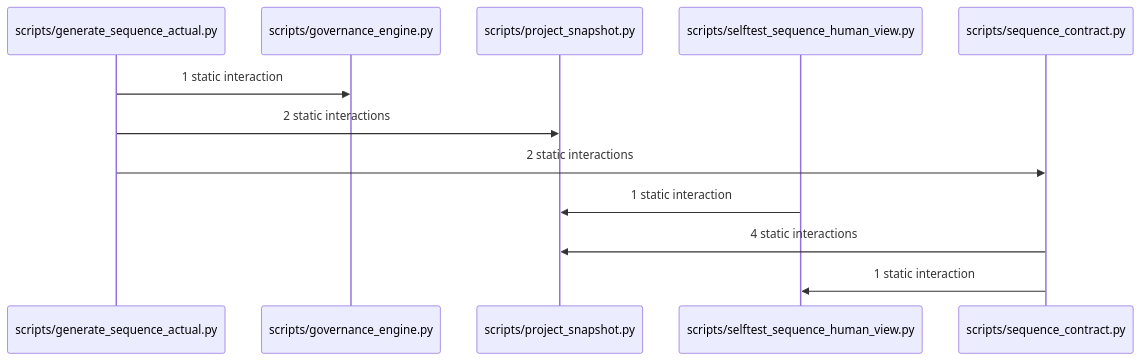
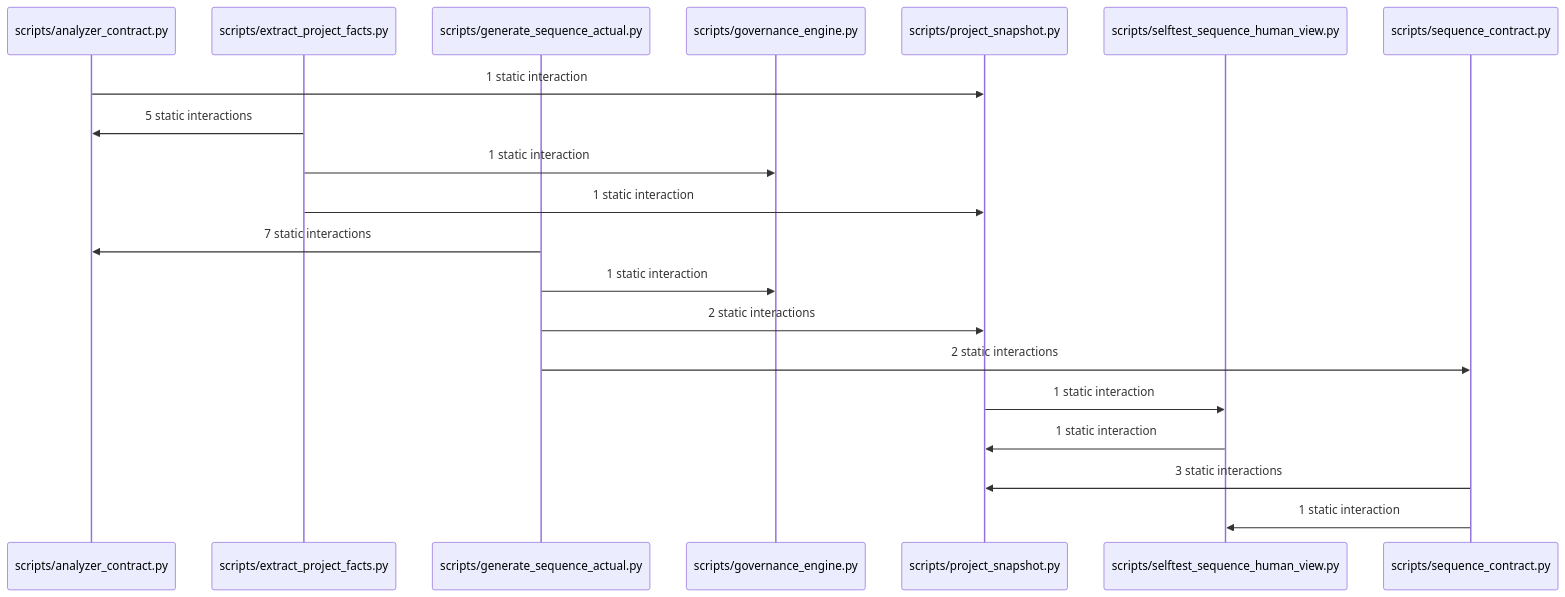
The diagram in docs/sequence/views/SW2-06-GOVERNANCE.md (maxqstudio/Skill_Workflow), drawn with Mermaid before and after one commit. The commit also changed other lines of this file and 23 other files, not shown here.

Commit message:
gov(sw2-06): synchronize analyzer contract evidence

````diff
--- a/docs/sequence/views/SW2-06-GOVERNANCE.md
+++ b/docs/sequence/views/SW2-06-GOVERNANCE.md
@@ -27,14 +27,22 @@
 ```mermaid
 sequenceDiagram
-    participant module_scripts_generate_sequence_actual_py_0 as scripts/generate_sequence_actual.py
-    participant module_scripts_governance_engine_py_1 as scripts/governance_engine.py
-    participant module_scripts_project_snapshot_py_2 as scripts/project_snapshot.py
-    participant module_scripts_selftest_sequence_human_view_py_3 as scripts/selftest_sequence_human_view.py
-    participant module_scripts_sequence_contract_py_4 as scripts/sequence_contract.py
-    module_scripts_generate_sequence_actual_py_0->>module_scripts_governance_engine_py_1: 1 static interaction
-    module_scripts_generate_sequence_actual_py_0->>module_scripts_project_snapshot_py_2: 2 static interactions
-    module_scripts_generate_sequence_actual_py_0->>module_scripts_sequence_contract_py_4: 2 static interactions
-    module_scripts_selftest_sequence_human_view_py_3->>module_scripts_project_snapshot_py_2: 1 static interaction
-    module_scripts_sequence_contract_py_4->>module_scripts_project_snapshot_py_2: 4 static interactions
-    module_scripts_sequence_contract_py_4->>module_scripts_selftest_sequence_human_view_py_3: 1 static interaction
+    participant module_scripts_analyzer_contract_py_0 as scripts/analyzer_contract.py
+    participant module_scripts_extract_project_facts_py_1 as scripts/extract_project_facts.py
+    participant module_scripts_generate_sequence_actual_py_2 as scripts/generate_sequence_actual.py
+    participant module_scripts_governance_engine_py_3 as scripts/governance_engine.py
+    participant module_scripts_project_snapshot_py_4 as scripts/project_snapshot.py
+    participant module_scripts_selftest_sequence_human_view_py_5 as scripts/selftest_sequence_human_view.py
+    participant module_scripts_sequence_contract_py_6 as scripts/sequence_contract.py
+    module_scripts_analyzer_contract_py_0->>module_scripts_project_snapshot_py_4: 1 static interaction
+    module_scripts_extract_project_facts_py_1->>module_scripts_analyzer_contract_py_0: 5 static interactions
+    module_scripts_extract_project_facts_py_1->>module_scripts_governance_engine_py_3: 1 static interaction
+    module_scripts_extract_project_facts_py_1->>module_scripts_project_snapshot_py_4: 1 static interaction
+    module_scripts_generate_sequence_actual_py_2->>module_scripts_analyzer_contract_py_0: 7 static interactions
+    module_scripts_generate_sequence_actual_py_2->>module_scripts_governance_engine_py_3: 1 static interaction
+    module_scripts_generate_sequence_actual_py_2->>module_scripts_project_snapshot_py_4: 2 static interactions
+    module_scripts_generate_sequence_actual_py_2->>module_scripts_sequence_contract_py_6: 2 static interactions
+    module_scripts_project_snapshot_py_4->>module_scripts_selftest_sequence_human_view_py_5: 1 static interaction
+    module_scripts_selftest_sequence_human_view_py_5->>module_scripts_project_snapshot_py_4: 1 static interaction
+    module_scripts_sequence_contract_py_6->>module_scripts_project_snapshot_py_4: 3 static interactions
+    module_scripts_sequence_contract_py_6->>module_scripts_selftest_sequence_human_view_py_5: 1 static interaction
 ```
````
